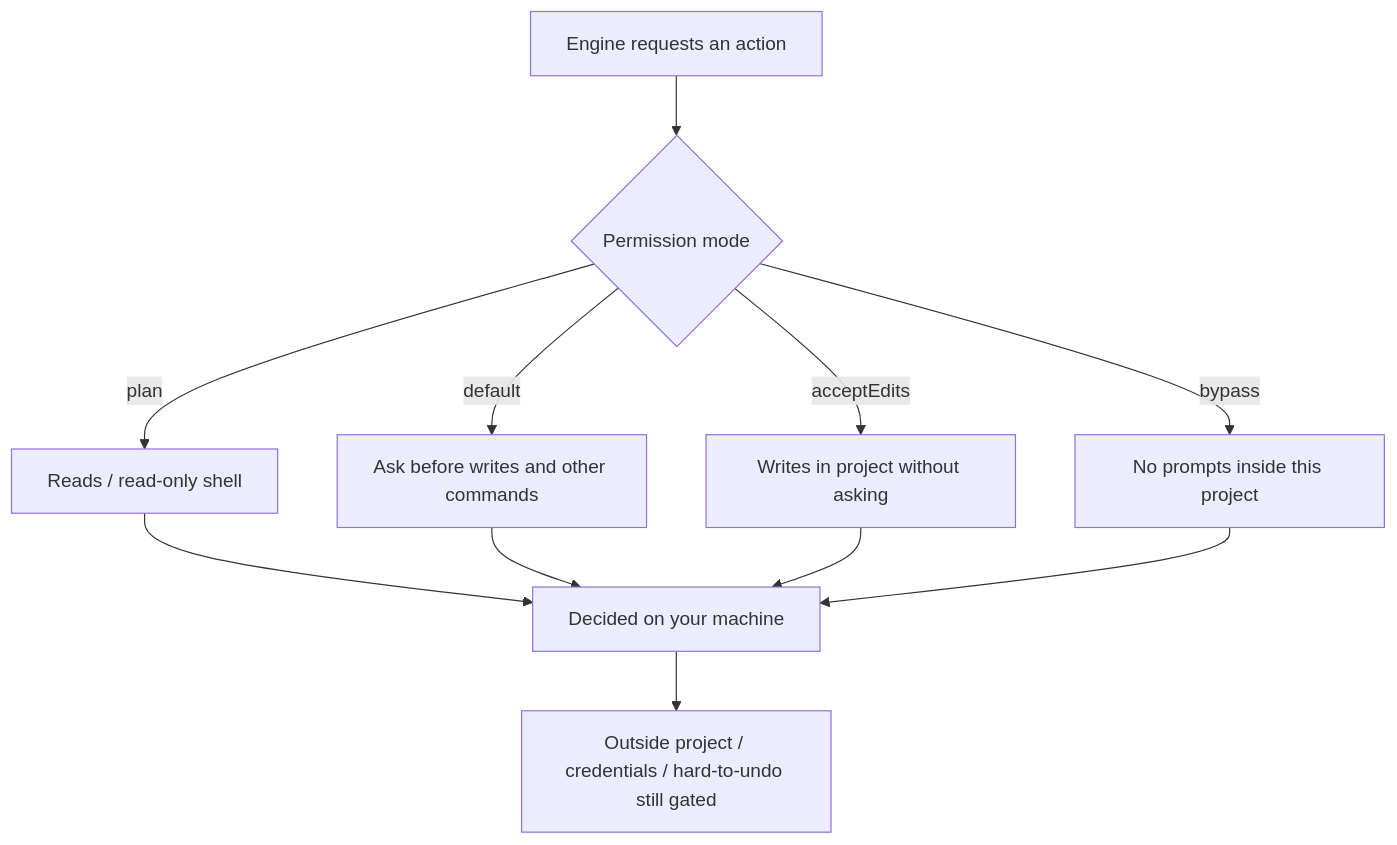
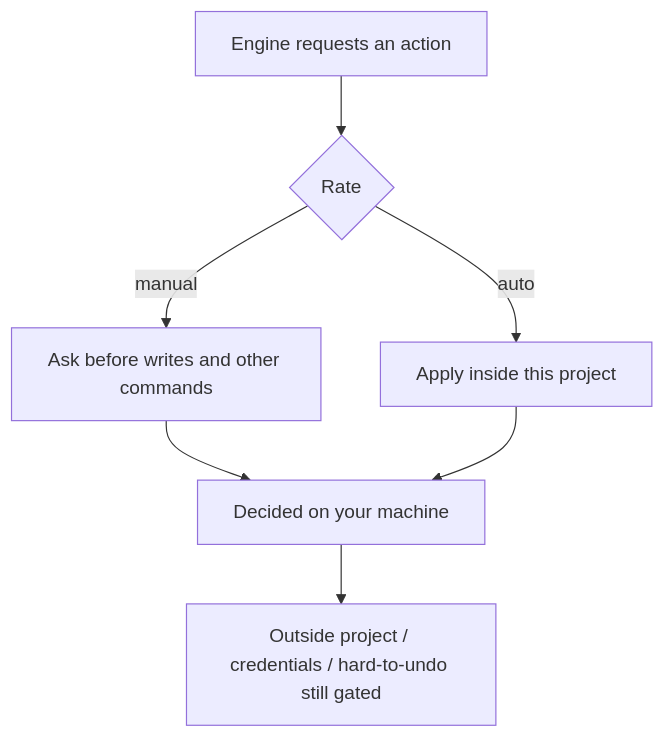
The second of 2 diagrams in Beunec Docs/rivine agentic engines/rivine-code_cli.md (Beunec/beunec-site-staging), drawn with Mermaid before and after one commit. The commit also changed other lines of this file and 25 other files, not shown here.

````diff
--- a/Beunec Docs/rivine agentic engines/rivine-code_cli.md
+++ b/Beunec Docs/rivine agentic engines/rivine-code_cli.md
@@ -140,13 +137,9 @@
 ```mermaid
 flowchart TD
-    A[Engine requests an action] --> B{Permission mode}
-    B -->|plan| C[Reads / read-only shell]
-    B -->|default| D[Ask before writes and other commands]
-    B -->|acceptEdits| E[Writes in project without asking]
-    B -->|bypass| F[No prompts inside this project]
-    C --> G[Decided on your machine]
-    D --> G
-    E --> G
-    F --> G
-    G --> H[Outside project / credentials / hard-to-undo still gated]
+    A[Engine requests an action] --> B{Rate}
+    B -->|manual| C[Ask before writes and other commands]
+    B -->|auto| D[Apply inside this project]
+    C --> E[Decided on your machine]
+    D --> E
+    E --> F[Outside project / credentials / hard-to-undo still gated]
 ```
````
